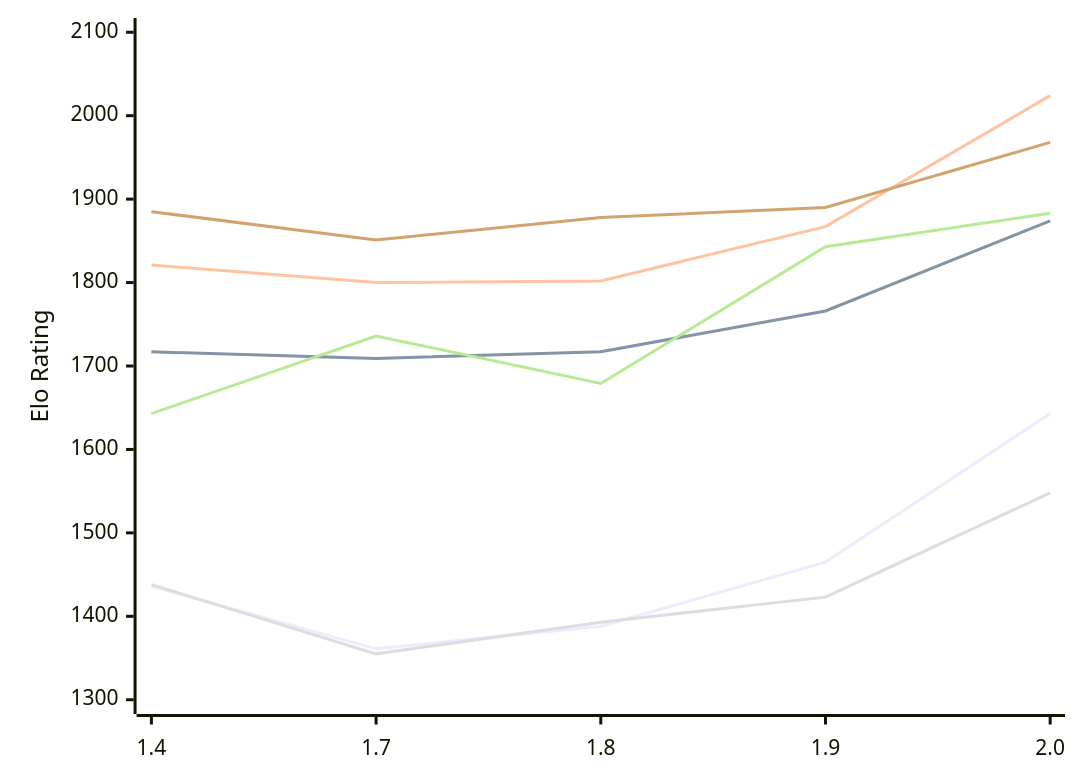
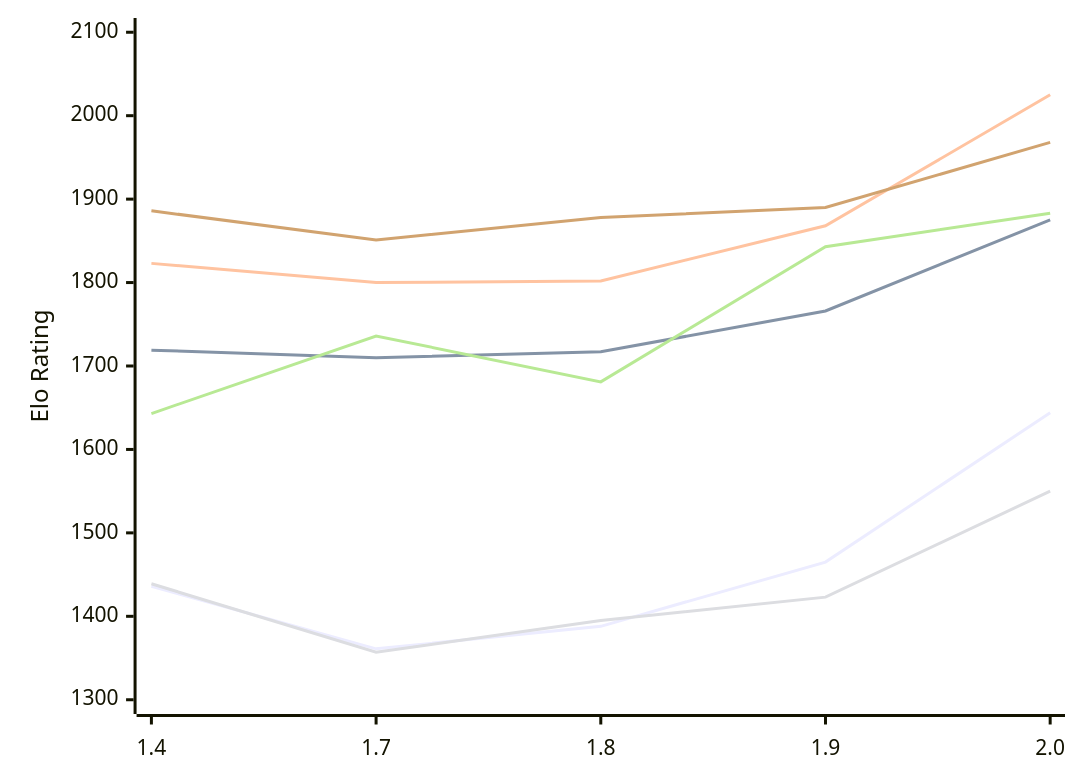
Before and after one commit to computer-chess-index/cci: the diagram in engines/Russell.md, drawn with Mermaid. The commit also changed other lines of this file, not shown here.

Commit message:
Update CCI Ratings (ELO VLTC) - 2026-11-26

````diff
--- a/engines/Russell.md
+++ b/engines/Russell.md
@@ -55,12 +55,12 @@
 ```mermaid
 %%{init: {"theme":"base","themeVariables":{"seriesColors:['#a3a3a3','#222221','#faa371']}}}%%
 xychart-beta
   x-axis ["1.4", "1.7", "1.8", "1.9", "2.0"]
   y-axis "Elo Rating" 1300 --> 2100
-  line "E1: STC (8.0+0.08s)" [1436, 1361, 1388, 1465, 1643]
-  line "E1: LTC (60.0+0.60s)" [1717, 1709, 1717, 1766, 1874]
-  line "E1: VLTC (2m24s+1.12s)" [1821, 1800, 1802, 1867, 2024]
-  line "P1: STC (8.0+0.08s)" [1438, 1355, 1393, 1423, 1548]
-  line "P1: LTC (60.0+0.60s)" [1643, 1736, 1679, 1843, 1883]
-  line "P1: VLTC (2m24s+1.12s)" [1885, 1851, 1878, 1890, 1968]
+  line "E1: STC (8.0+0.08s)" [1436, 1361, 1388, 1465, 1644]
+  line "E1: LTC (60.0+0.60s)" [1719, 1710, 1717, 1766, 1875]
+  line "E1: VLTC (2m24s+1.12s)" [1823, 1800, 1802, 1868, 2025]
+  line "P1: STC (8.0+0.08s)" [1439, 1357, 1395, 1423, 1550]
+  line "P1: LTC (60.0+0.60s)" [1643, 1736, 1681, 1843, 1883]
+  line "P1: VLTC (2m24s+1.12s)" [1886, 1851, 1878, 1890, 1968]
 ```
````
